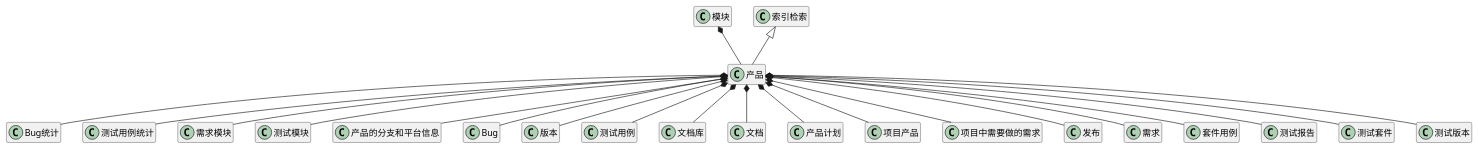
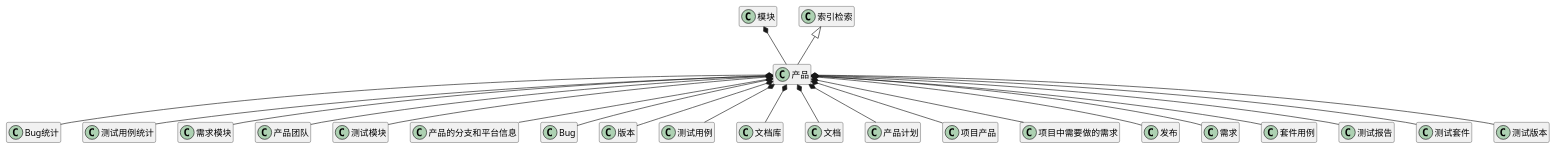
Before and after one commit to zj335841911/nt_chandao: the first of 7 diagrams in ibizpms-docs/src/main/doc/v1/module/zentao/Product_old.md, drawn with PlantUML. The commit also changed 42 other files, not shown here.

```diff
--- a/ibizpms-docs/src/main/doc/v1/module/zentao/Product_old.md
+++ b/ibizpms-docs/src/main/doc/v1/module/zentao/Product_old.md
@@ -6,24 +6,25 @@
 {% plantuml %}
 产品 *-- Bug统计 
 产品 *-- 测试用例统计 
 产品 *-- 需求模块 
+产品 *-- 产品团队 
 产品 *-- 测试模块 
 产品 *-- 产品的分支和平台信息 
 产品 *-- Bug 
 产品 *-- 版本 
 产品 *-- 测试用例 
 产品 *-- 文档库 
 产品 *-- 文档 
 产品 *-- 产品计划 
 产品 *-- 项目产品 
 产品 *-- 项目中需要做的需求 
 产品 *-- 发布 
 产品 *-- 需求 
 产品 *-- 套件用例 
 产品 *-- 测试报告 
 产品 *-- 测试套件 
 产品 *-- 测试版本 
 模块 *-- 产品 
 索引检索 <|-- 产品 
 hide members
 {% endplantuml %}
```
